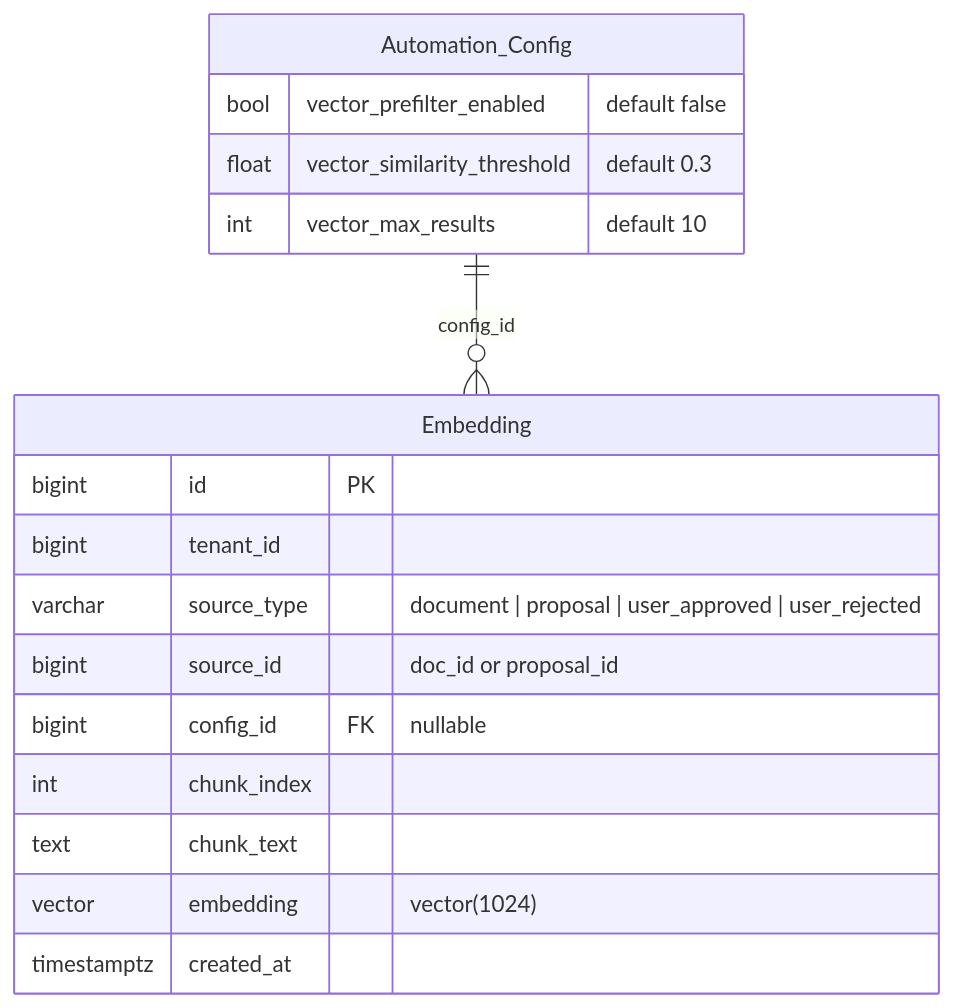
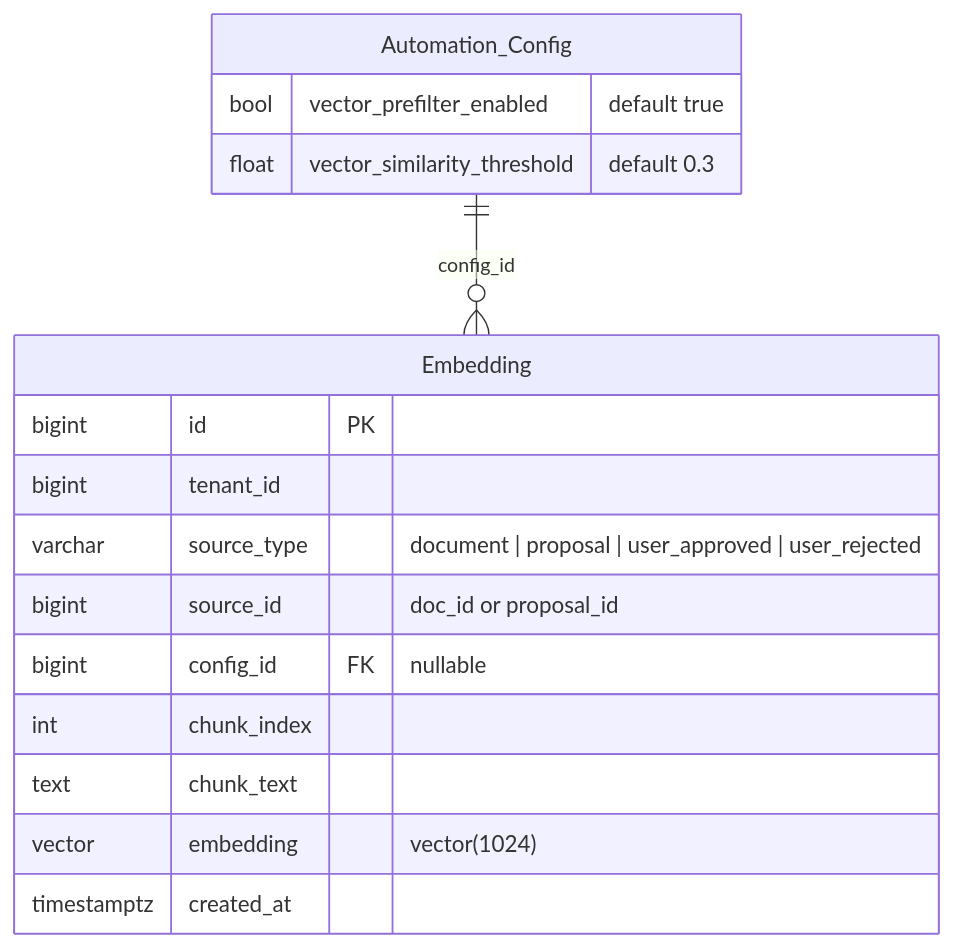
Diagram 11 of 11 in README.md (hubenschmidt/pina-colada), drawn with Mermaid before and after one commit. The commit also changed other lines of this file and 14 other files, not shown here.

````diff
--- a/README.md
+++ b/README.md
@@ -430,22 +439,21 @@
 ```mermaid
 erDiagram
     Automation_Config {
-        bool vector_prefilter_enabled "default false"
+        bool vector_prefilter_enabled "default true"
         float vector_similarity_threshold "default 0.3"
-        int vector_max_results "default 10"
     }
 
     Embedding {
         bigint id PK
         bigint tenant_id
         varchar source_type "document | proposal | user_approved | user_rejected"
         bigint source_id "doc_id or proposal_id"
         bigint config_id FK "nullable"
         int chunk_index
         text chunk_text
         vector embedding "vector(1024)"
         timestamptz created_at
     }
 
     Automation_Config ||--o{ Embedding : "config_id"
 ```
````
